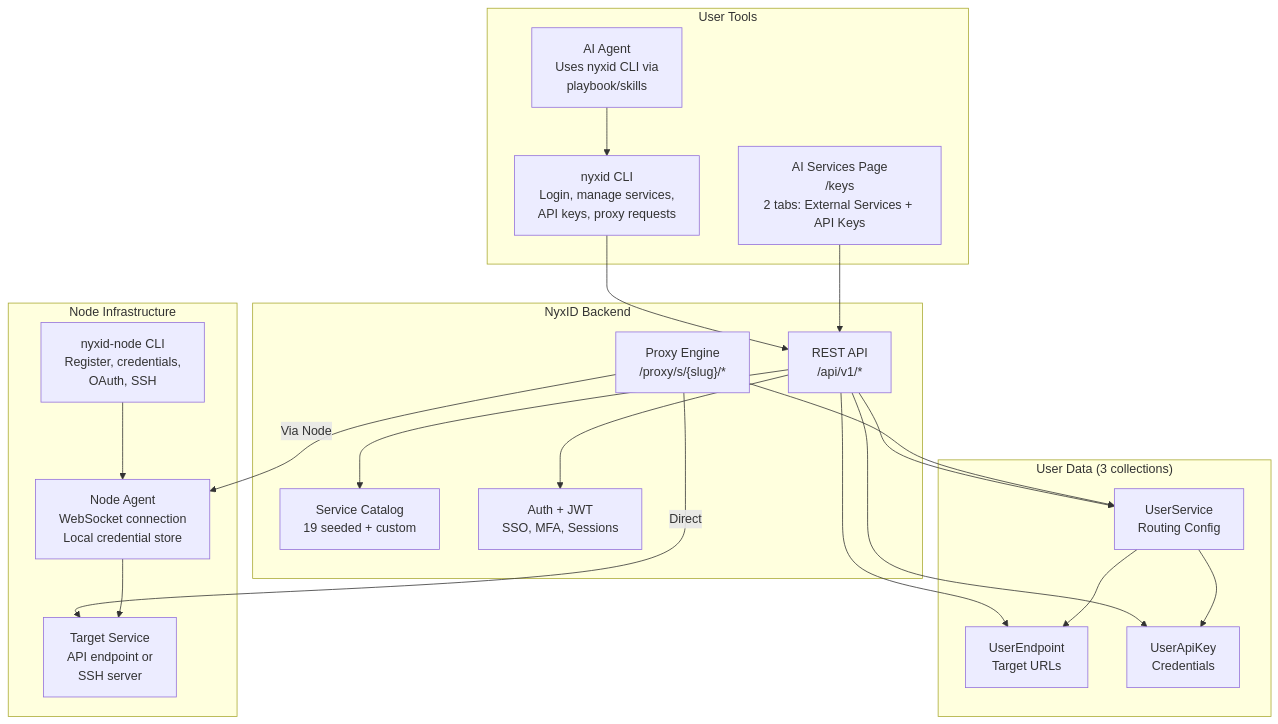
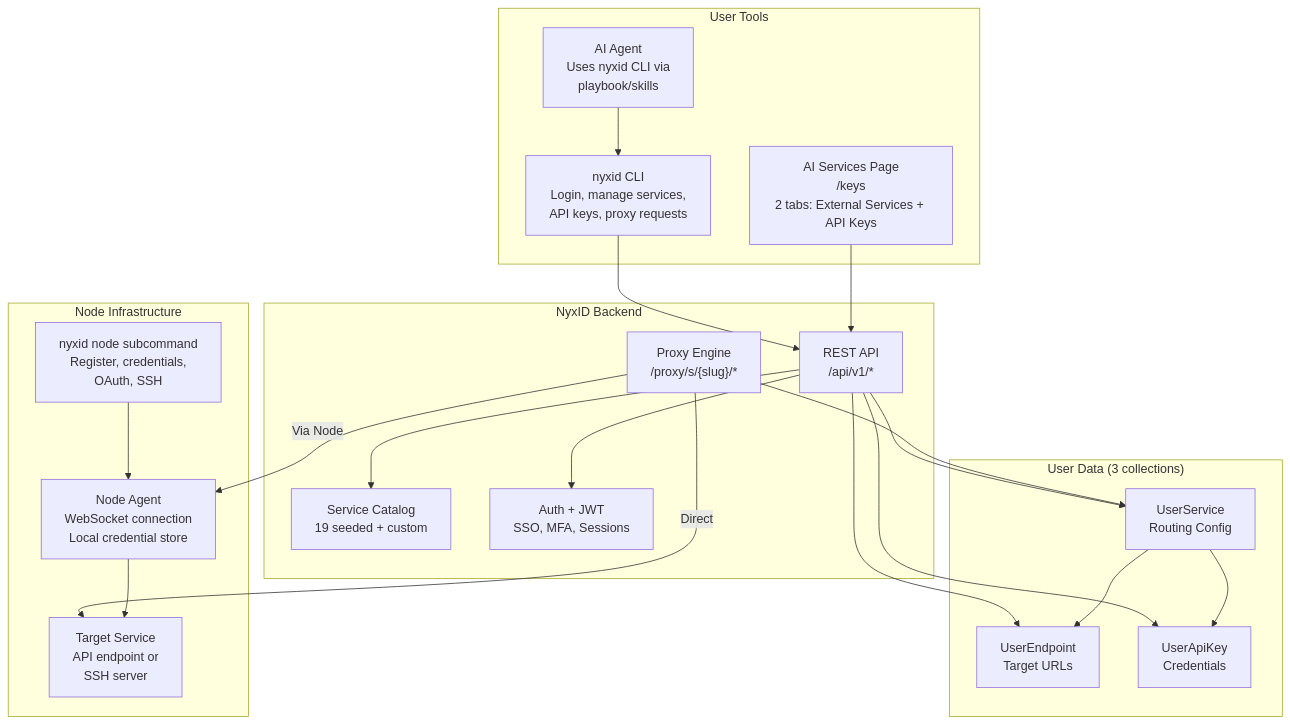
Before and after one commit to yonasBSD/NyxID: the first of 7 diagrams in docs/AI_SERVICES_ARCHITECTURE.md, drawn with Mermaid. The commit also changed other lines of this file and 40 other files, not shown here.

First line of the commit message:
feat: merge nyxid-node into nyxid CLI as node subcommands

````diff
--- a/docs/AI_SERVICES_ARCHITECTURE.md
+++ b/docs/AI_SERVICES_ARCHITECTURE.md
@@ -11,45 +11,45 @@
 ```mermaid
 graph TB
     subgraph "User Tools"
         CLI["nyxid CLI<br/>Login, manage services,<br/>API keys, proxy requests"]
         WEB["AI Services Page<br/>/keys<br/>2 tabs: External Services + API Keys"]
         AI["AI Agent<br/>Uses nyxid CLI via<br/>playbook/skills"]
     end
 
     subgraph "NyxID Backend"
         API["REST API<br/>/api/v1/*"]
         PROXY["Proxy Engine<br/>/proxy/s/{slug}/*"]
         CATALOG["Service Catalog<br/>19 seeded + custom"]
         AUTH["Auth + JWT<br/>SSO, MFA, Sessions"]
     end
 
     subgraph "User Data (3 collections)"
         UE["UserEndpoint<br/>Target URLs"]
         UAK["UserApiKey<br/>Credentials"]
         US["UserService<br/>Routing Config"]
     end
 
     subgraph "Node Infrastructure"
-        NODE_CLI["nyxid-node CLI<br/>Register, credentials,<br/>OAuth, SSH"]
+        NODE_CLI["nyxid node subcommand<br/>Register, credentials,<br/>OAuth, SSH"]
         NODE["Node Agent<br/>WebSocket connection<br/>Local credential store"]
         TARGET["Target Service<br/>API endpoint or<br/>SSH server"]
     end
 
     CLI --> API
     WEB --> API
     AI --> CLI
 
     API --> UE & UAK & US
     API --> CATALOG
     API --> AUTH
 
     PROXY --> US
     US --> UE
     US --> UAK
 
     PROXY -->|"Direct"| TARGET
     PROXY -->|"Via Node"| NODE
     NODE --> TARGET
 
     NODE_CLI --> NODE
 ```
````
